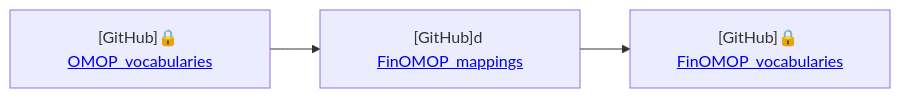
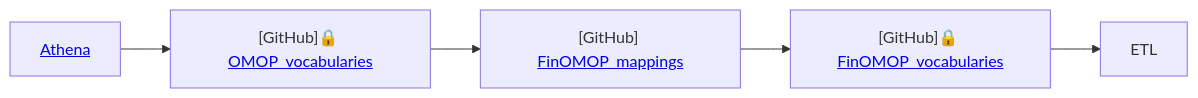
Before and after one commit to FinOMOP/FinOMOP_mappings: the diagram in README.md, drawn with Mermaid. The commit also changed other lines of this file, not shown here.

````diff
--- a/README.md
+++ b/README.md
@@ -6,8 +5,12 @@
 ``` mermaid
 flowchart LR
-    A["[GitHub]🔒 <a href='https://github.com/FinOMOP/OMOP_vocabularies' target='_blank'>OMOP_vocabularies</a>"]
-    B["[GitHub]d <a href='https://github.com/FinOMOP/FinOMOP_mappings' target='_blank'>FinOMOP_mappings</a>"]
-    C["[GitHub]🔒 <a href='https://github.com/FinOMOP/FinOMOP_vocabularies' target='_blank'>FinOMOP_vocabularies</a>"]
+    A["<a href='https://athena.ohdsi.org/search-terms/start' target='_blank'>Athena</a>"]
+    B["[GitHub]🔒 <a href='https://github.com/FinOMOP/OMOP_vocabularies' target='_blank'>OMOP_vocabularies</a>"]
+    C["[GitHub] <a href='https://github.com/FinOMOP/FinOMOP_mappings' target='_blank'>FinOMOP_mappings</a>"]
+    D["[GitHub]🔒 <a href='https://github.com/FinOMOP/FinOMOP_vocabularies' target='_blank'>FinOMOP_vocabularies</a>"]
+    E[ETL]
     A --> B
     B --> C
+    C --> D
+    D --> E
 ```
````
